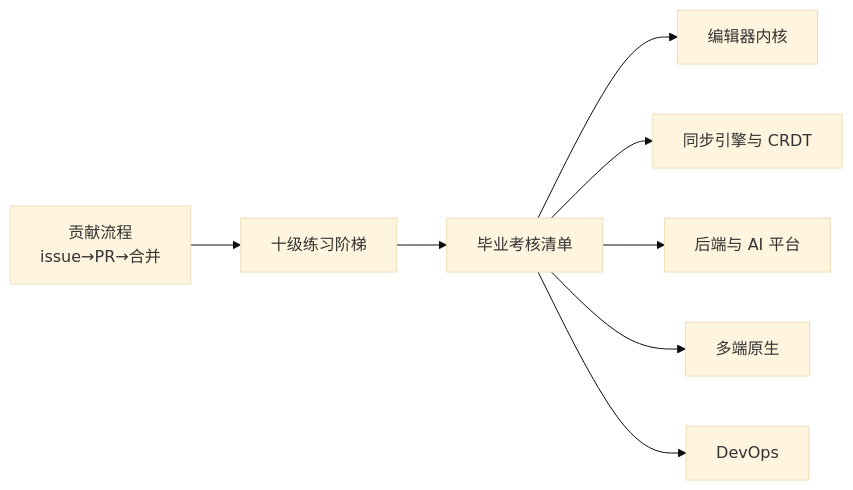
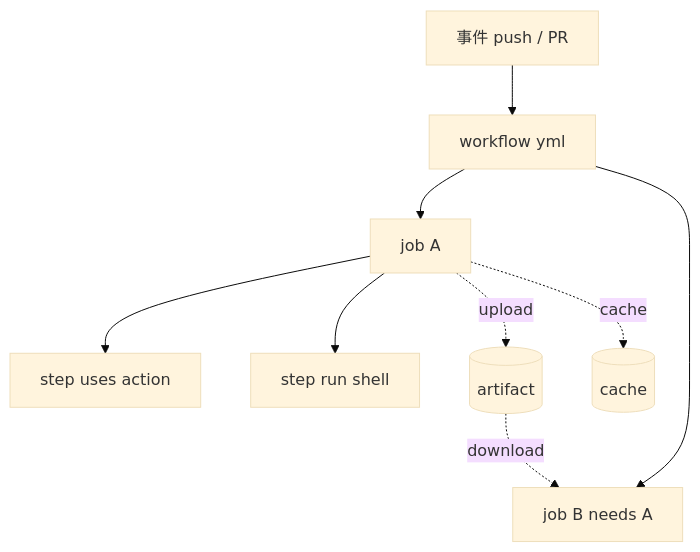
One commit to lfire/AFFiNE changed the second of 5 diagrams in learning-guide/slides/decks/30.md. Above: the diagram before and after it, drawn with Mermaid (base theme). The commit also changed other lines of this file and 73 other files, not shown here.

````diff
--- a/learning-guide/slides/decks/30.md
+++ b/learning-guide/slides/decks/30.md
@@ -32,10 +94,11 @@
 ```mermaid
-flowchart LR
-  F["贡献流程<br/>issue→PR→合并"] --> P["十级练习阶梯"]
-  P --> G1["毕业考核清单"]
-  G1 --> G2["编辑器内核"]
-  G1 --> G3["同步引擎与 CRDT"]
-  G1 --> G4["后端与 AI 平台"]
-  G1 --> G5["多端原生"]
-  G1 --> G6["DevOps"]
+flowchart TB
+  E["事件 push / PR"] --> W["workflow yml"]
+  W --> J1["job A"]
+  W --> J2["job B needs A"]
+  J1 --> S1["step uses action"]
+  J1 --> S2["step run shell"]
+  J1 -. upload .-> AR[("artifact")]
+  AR -. download .-> J2
+  J1 -. cache .-> C[("cache")]
 ```
````
